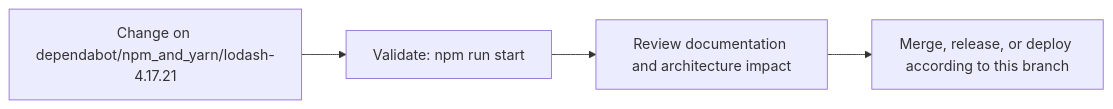
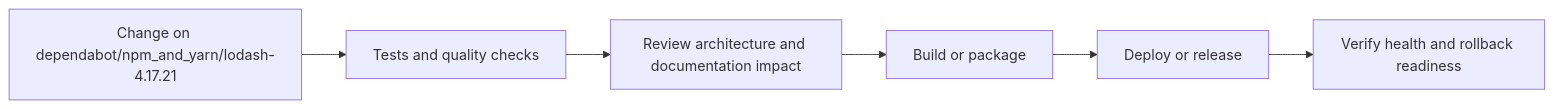
The fourth of 5 diagrams in README.md (Nischhalsubba/wp_Theme_Ronal), drawn with Mermaid before and after one commit. The commit also changed other lines of this file, not shown here.

````diff
--- a/README.md
+++ b/README.md
@@ -69,8 +145,8 @@
 ```mermaid
 flowchart LR
-    CHANGE["Change on dependabot/npm_and_yarn/lodash-4.17.21"]
-    CHECK["Validate: npm run start"]
-    REVIEW["Review documentation and architecture impact"]
-    RELEASE["Merge, release, or deploy according to this branch"]
-    CHANGE --> CHECK --> REVIEW --> RELEASE
+    CHANGE["Change on dependabot/npm_and_yarn/lodash-4.17.21"] --> CHECK["Tests and quality checks"]
+    CHECK --> REVIEW["Review architecture and documentation impact"]
+    REVIEW --> BUILD["Build or package"]
+    BUILD --> DEPLOY["Deploy or release"]
+    DEPLOY --> VERIFY["Verify health and rollback readiness"]
 ```
````
